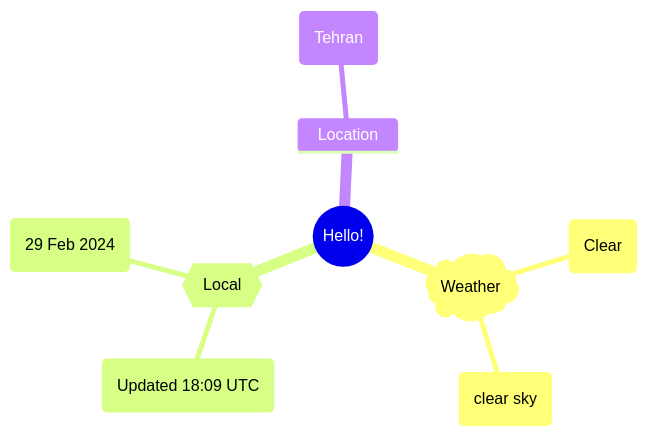
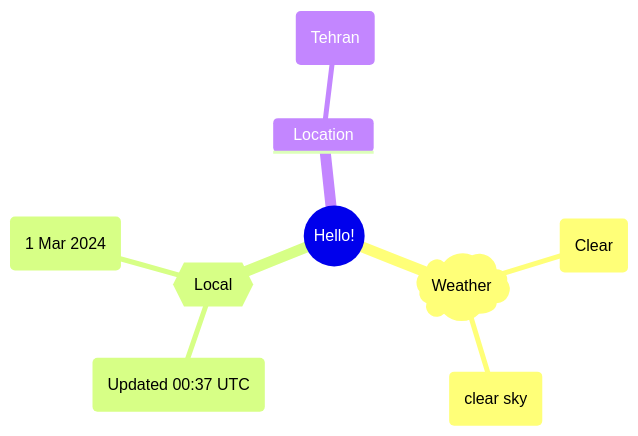
The first of 2 diagrams in README.md (Xosrov/Xosrov), drawn with Mermaid before and after one commit.

Commit message:
[bot] updated images

````diff
--- a/README.md
+++ b/README.md
@@ -3,12 +3,12 @@
 ```mermaid
 mindmap
   root((Hello!))
     )Weather(
         (Clear)
         (clear sky)
     {{Local}}
-        (Updated 18:09 UTC)
-        (29 Feb 2024)
+        (Updated 00:37 UTC)
+        (1 Mar 2024)
     Location
         (Tehran)
 ```
````
